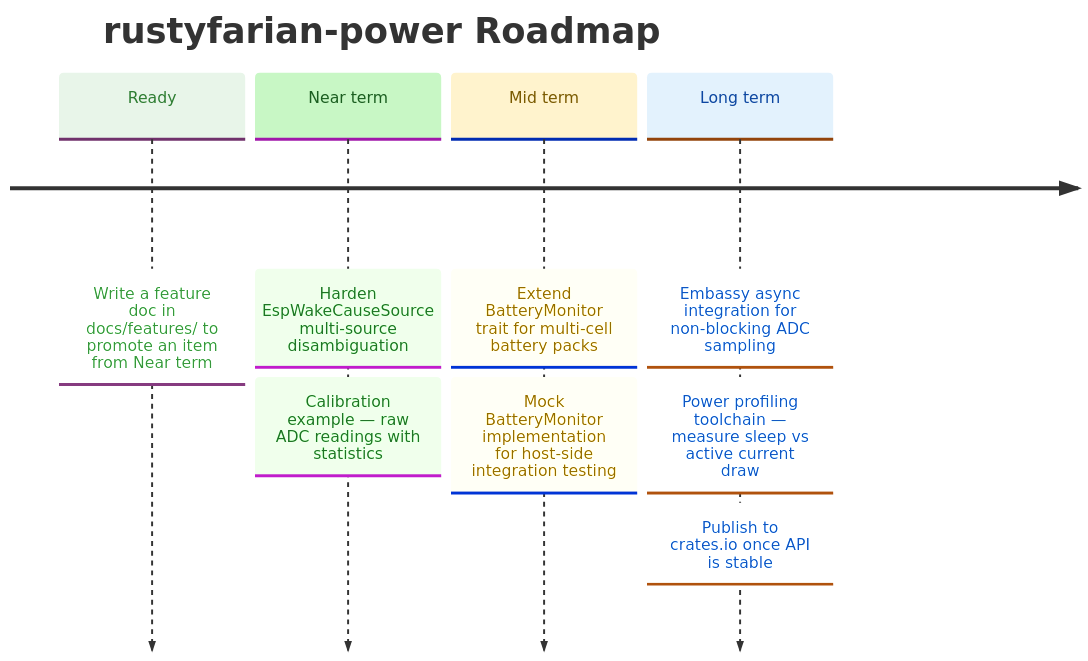
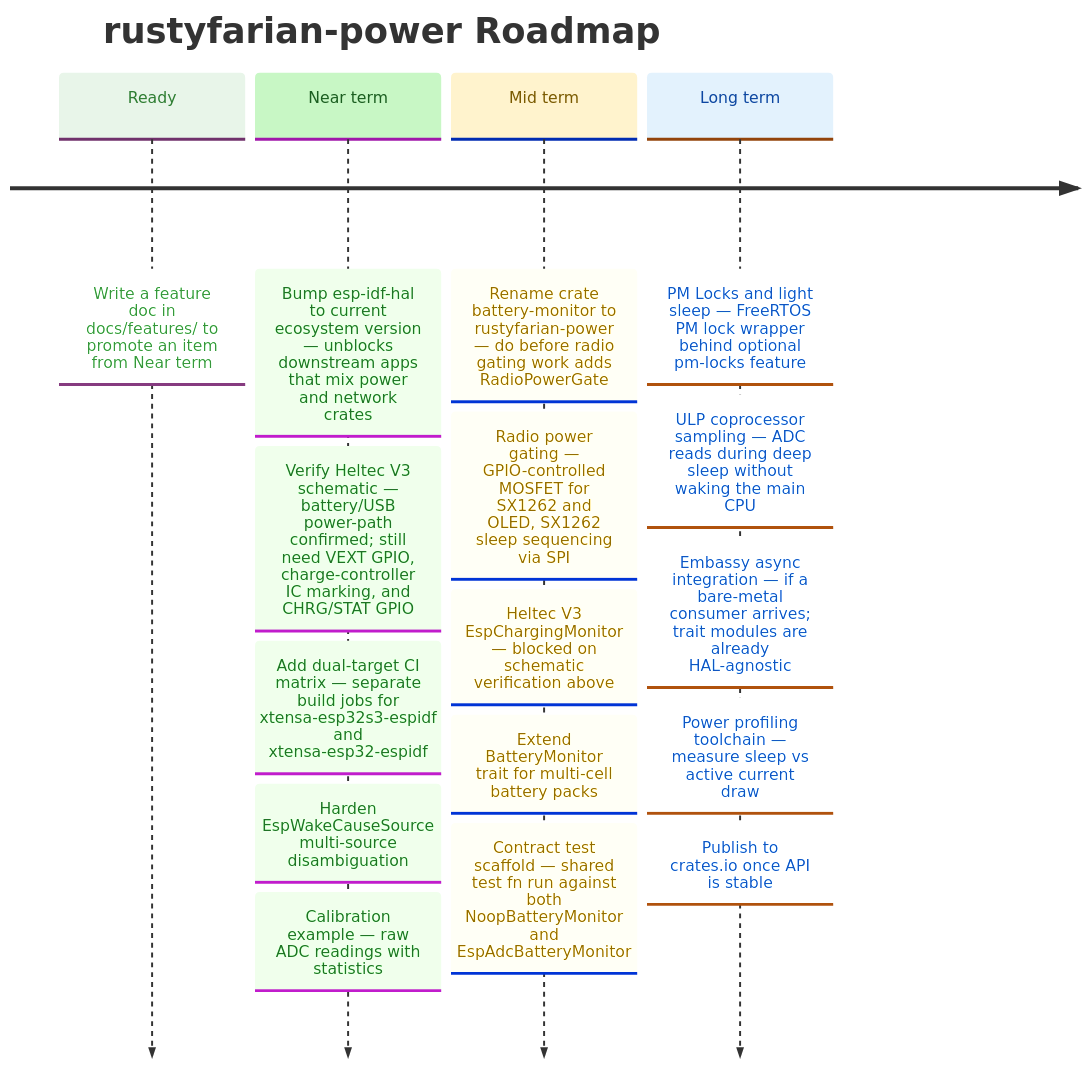
One commit to datenkollektiv/rustyfarian-power changed the diagram in docs/ROADMAP.md. Above: the diagram before and after it, drawn with Mermaid. The commit also changed other lines of this file and 10 other files, not shown here.

Commit message:
Add Heltec V3 battery monitor example and refine ESP-IDF ADC support

````diff
--- a/docs/ROADMAP.md
+++ b/docs/ROADMAP.md
@@ -9,30 +10,38 @@
 ```mermaid
 %%{init: {
   "theme": "base",
   "themeVariables": {
     "cScale0": "#e8f5e9",
     "cScaleLabel0": "#2e7d32",
     "cScale1": "#c8f7c5",
     "cScaleLabel1": "#1b5e20",
     "cScale2": "#fff3cd",
     "cScaleLabel2": "#7a5a00",
     "cScale3": "#e3f2fd",
     "cScaleLabel3": "#0d47a1"
   }
 }}%%
 
 timeline
     title rustyfarian-power Roadmap
 
     Ready     : Write a feature doc in docs/features/ to promote an item from Near term
 
-    Near term : Harden EspWakeCauseSource multi-source disambiguation
+    Near term : Bump esp-idf-hal to current ecosystem version — unblocks downstream apps that mix power and network crates
+              : Verify Heltec V3 schematic — battery/USB power-path confirmed; still need VEXT GPIO, charge-controller IC marking, and CHRG/STAT GPIO
+              : Add dual-target CI matrix — separate build jobs for xtensa-esp32s3-espidf and xtensa-esp32-espidf
+              : Harden EspWakeCauseSource multi-source disambiguation
               : Calibration example — raw ADC readings with statistics
 
-    Mid term  : Extend BatteryMonitor trait for multi-cell battery packs
-              : Mock BatteryMonitor implementation for host-side integration testing
+    Mid term  : Rename crate battery-monitor to rustyfarian-power — do before radio gating work adds RadioPowerGate
+              : Radio power gating — GPIO-controlled MOSFET for SX1262 and OLED, SX1262 sleep sequencing via SPI
+              : Heltec V3 EspChargingMonitor — blocked on schematic verification above
+              : Extend BatteryMonitor trait for multi-cell battery packs
+              : Contract test scaffold — shared test fn run against both NoopBatteryMonitor and EspAdcBatteryMonitor
 
-    Long term : Embassy async integration for non-blocking ADC sampling
+    Long term : PM Locks and light sleep — FreeRTOS PM lock wrapper behind optional pm-locks feature
+              : ULP coprocessor sampling — ADC reads during deep sleep without waking the main CPU
+              : Embassy async integration — if a bare-metal consumer arrives; trait modules are already HAL-agnostic
               : Power profiling toolchain — measure sleep vs active current draw
               : Publish to crates.io once API is stable
 ```
````
